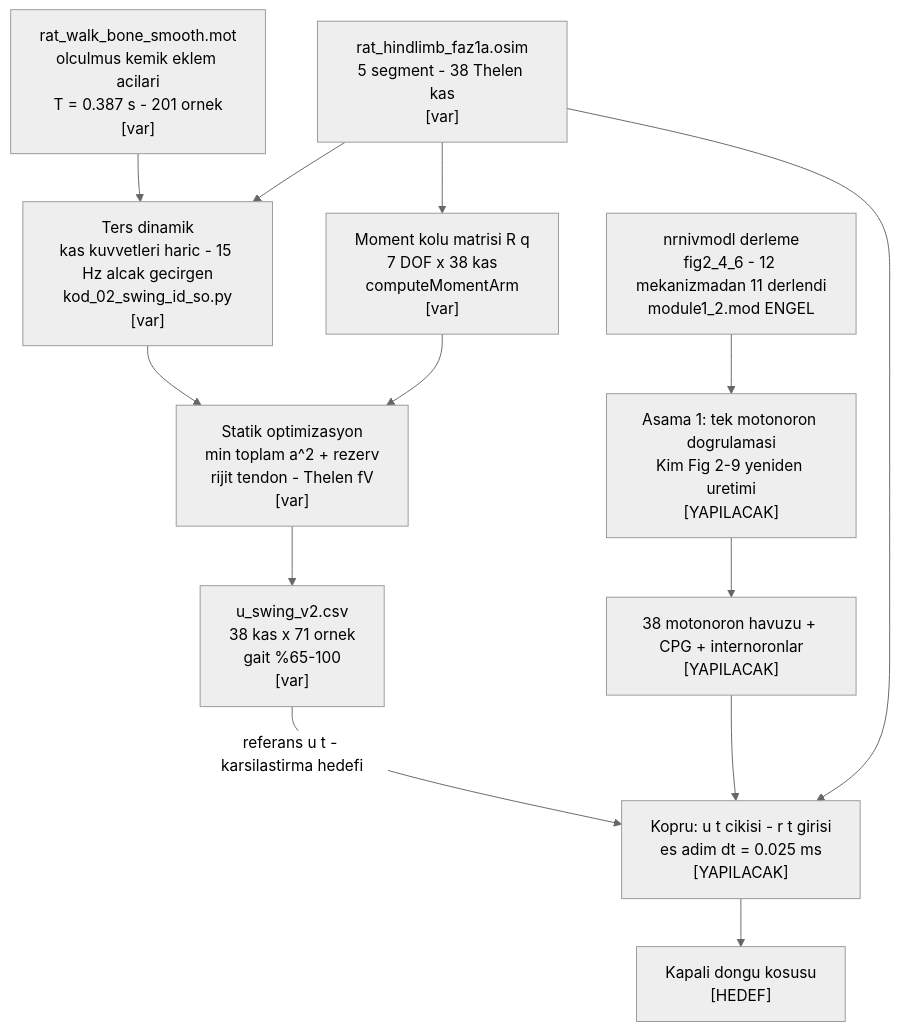
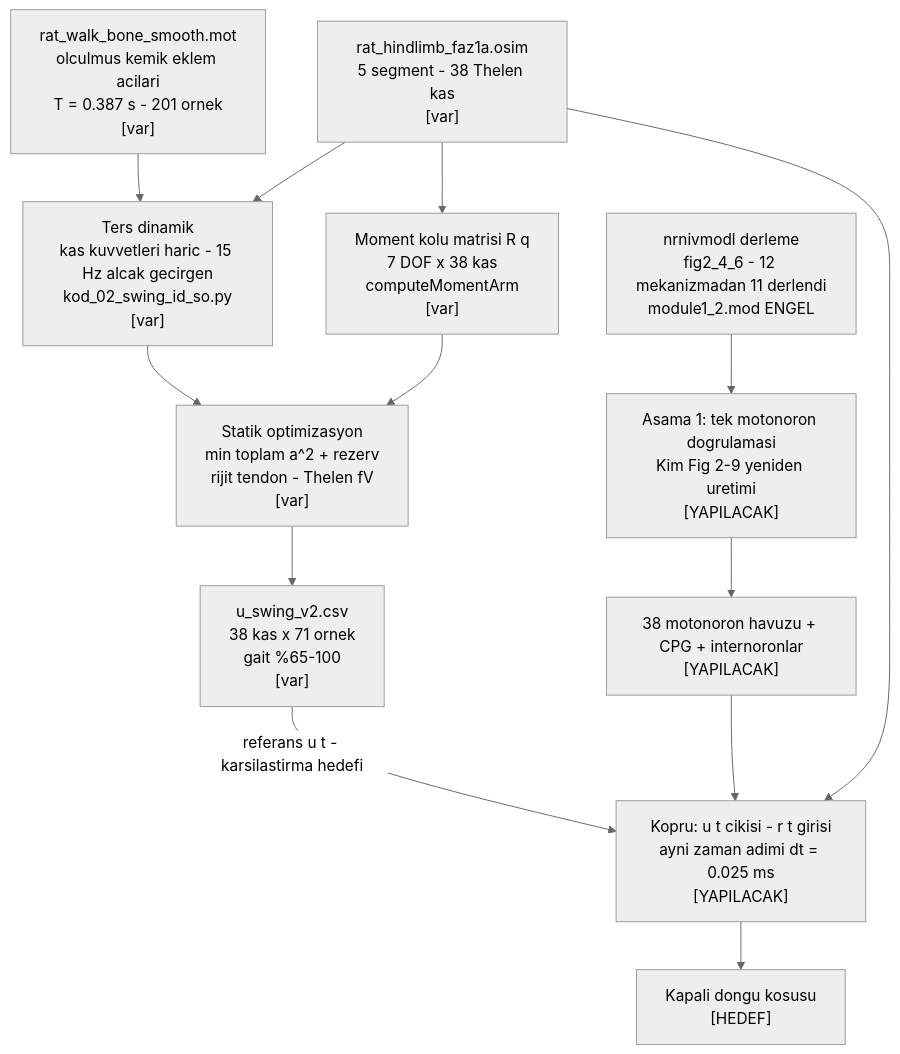
Before and after one commit to Microrobotik-Mechatronics-Laboratory/CP-USK2026-rat-hindlimb-movement-neuromechanics-opensim-neuron: the first of 2 diagrams in literatur/diyagramlar/D8_veri_hatti_dogrulama.md, drawn with Mermaid (neutral theme). The commit also changed 12 other files, not shown here.

````diff
--- a/literatur/diyagramlar/D8_veri_hatti_dogrulama.md
+++ b/literatur/diyagramlar/D8_veri_hatti_dogrulama.md
@@ -5,29 +5,29 @@
 ```mermaid
 flowchart TD
     OSIM["rat_hindlimb_faz1a.osim<br/>5 segment - 38 Thelen kas<br/>[var]"]
     MOT["rat_walk_bone_smooth.mot<br/>olculmus kemik eklem acilari<br/>T = 0.387 s - 201 ornek<br/>[var]"]
     ID["Ters dinamik<br/>kas kuvvetleri haric - 15 Hz alcak gecirgen<br/>kod_02_swing_id_so.py<br/>[var]"]
     RMAT["Moment kolu matrisi R q<br/>7 DOF x 38 kas<br/>computeMomentArm<br/>[var]"]
     SO["Statik optimizasyon<br/>min toplam a^2 + rezerv<br/>rijit tendon - Thelen fV<br/>[var]"]
     USW["u_swing_v2.csv<br/>38 kas x 71 ornek<br/>gait %65-100<br/>[var]"]
 
     MODC["nrnivmodl derleme<br/>fig2_4_6 - 12 mekanizmadan 11 derlendi<br/>module1_2.mod ENGEL"]
     MN1["Asama 1: tek motonoron dogrulamasi<br/>Kim Fig 2-9 yeniden uretimi<br/>[YAPILACAK]"]
     POOL["38 motonoron havuzu + CPG + internoronlar<br/>[YAPILACAK]"]
-    BR["Kopru: u t cikisi - r t girisi<br/>es adim dt = 0.025 ms<br/>[YAPILACAK]"]
+    BR["Kopru: u t cikisi - r t girisi<br/>ayni zaman adimi dt = 0.025 ms<br/>[YAPILACAK]"]
     CL["Kapali dongu kosusu<br/>[HEDEF]"]
 
     OSIM --> ID
     MOT --> ID
     ID --> SO
     OSIM --> RMAT
     RMAT --> SO
     SO --> USW
     USW -->|"referans u t - karsilastirma hedefi"| BR
 
     MODC --> MN1
     MN1 --> POOL
     POOL --> BR
     OSIM --> BR
     BR --> CL
 ```
````
